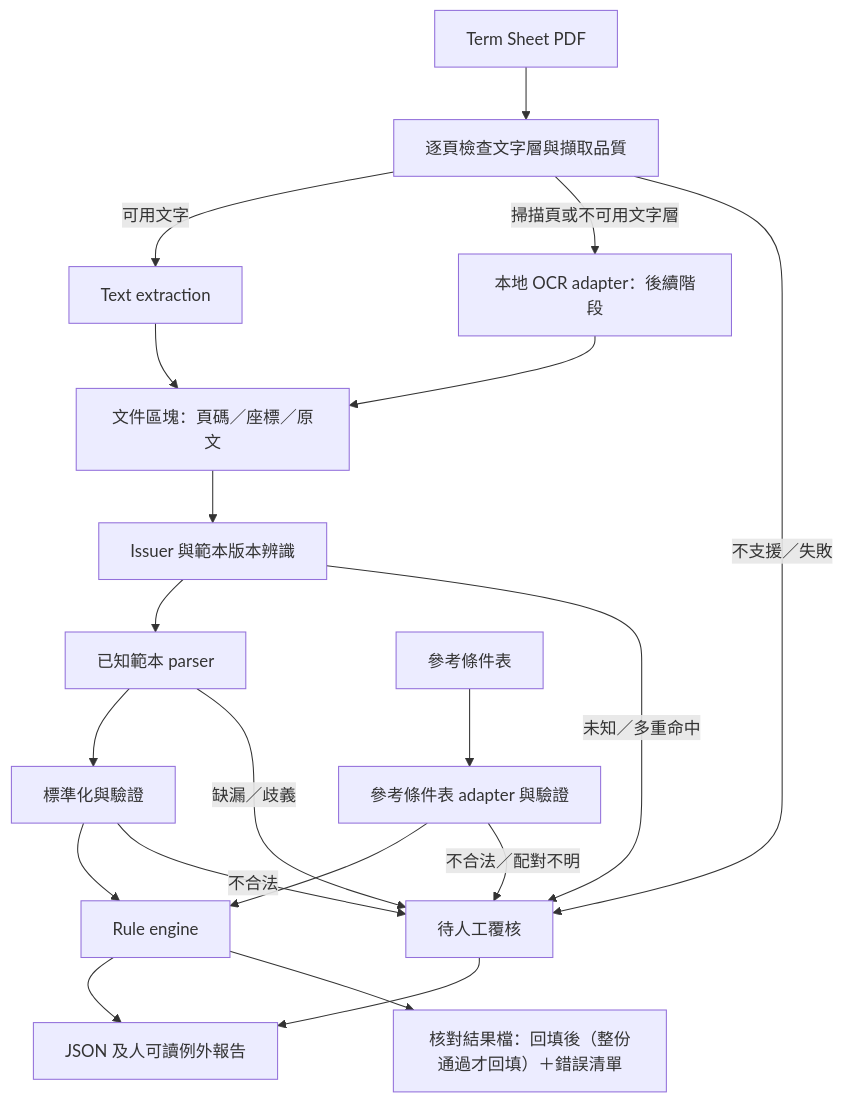
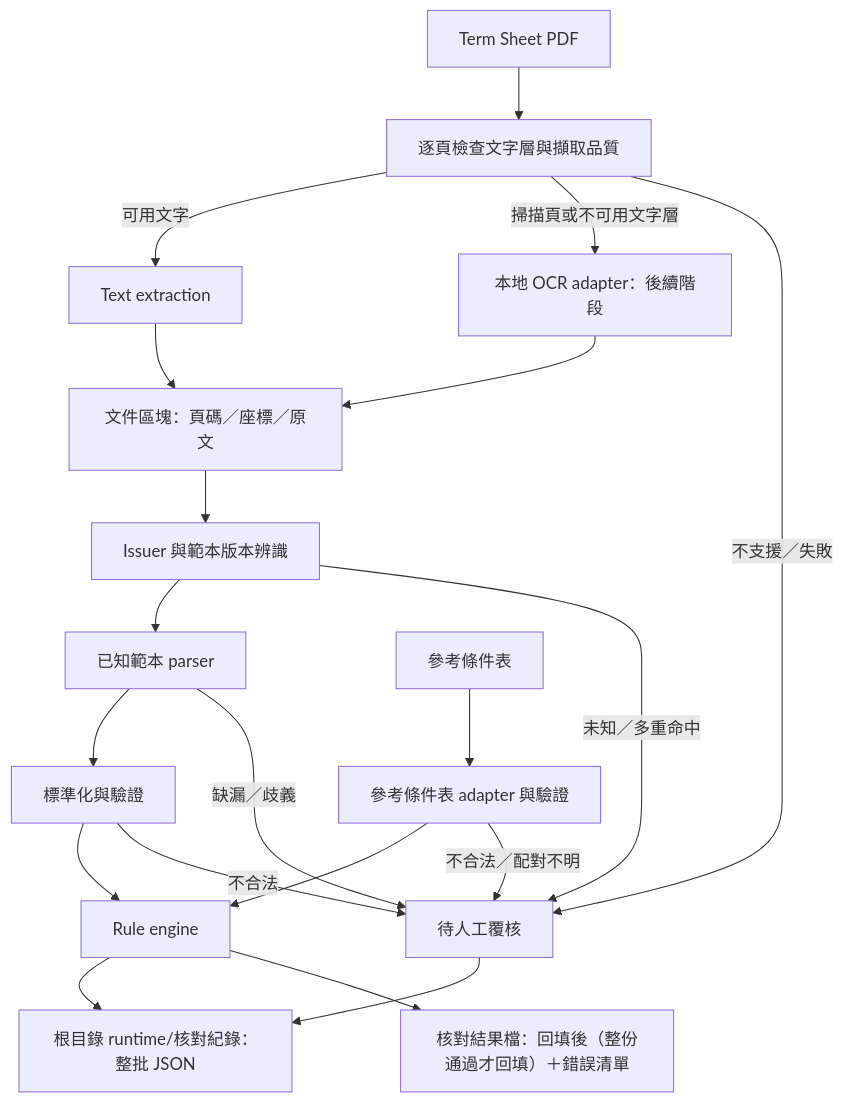
Before and after one commit to TaylorYam/fcn-term-sheet-checker: the diagram in docs/architecture.md, drawn with Mermaid. The commit also changed other lines of this file and 21 other files, not shown here.

````diff
--- a/docs/architecture.md
+++ b/docs/architecture.md
@@ -11,22 +11,22 @@
 ```mermaid
 flowchart TD
     A[Term Sheet PDF] --> B[逐頁檢查文字層與擷取品質]
     B -->|可用文字| C[Text extraction]
     B -->|掃描頁或不可用文字層| D[本地 OCR adapter：後續階段]
     C --> E[文件區塊：頁碼／座標／原文]
     D --> E
     E --> F[Issuer 與範本版本辨識]
     F --> G[已知範本 parser]
     G --> H[標準化與驗證]
     O[參考條件表] --> P[參考條件表 adapter 與驗證]
     H --> R[Rule engine]
     P --> R
-    R --> S[JSON 及人可讀例外報告]
+    R --> S[根目錄 runtime/核對紀錄：整批 JSON]
     R --> W[核對結果檔：回填後（整份通過才回填）＋錯誤清單]
     B -->|不支援／失敗| X[待人工覆核]
     F -->|未知／多重命中| X
     G -->|缺漏／歧義| X
     H -->|不合法| X
     P -->|不合法／配對不明| X
     X --> S
 ```
````
